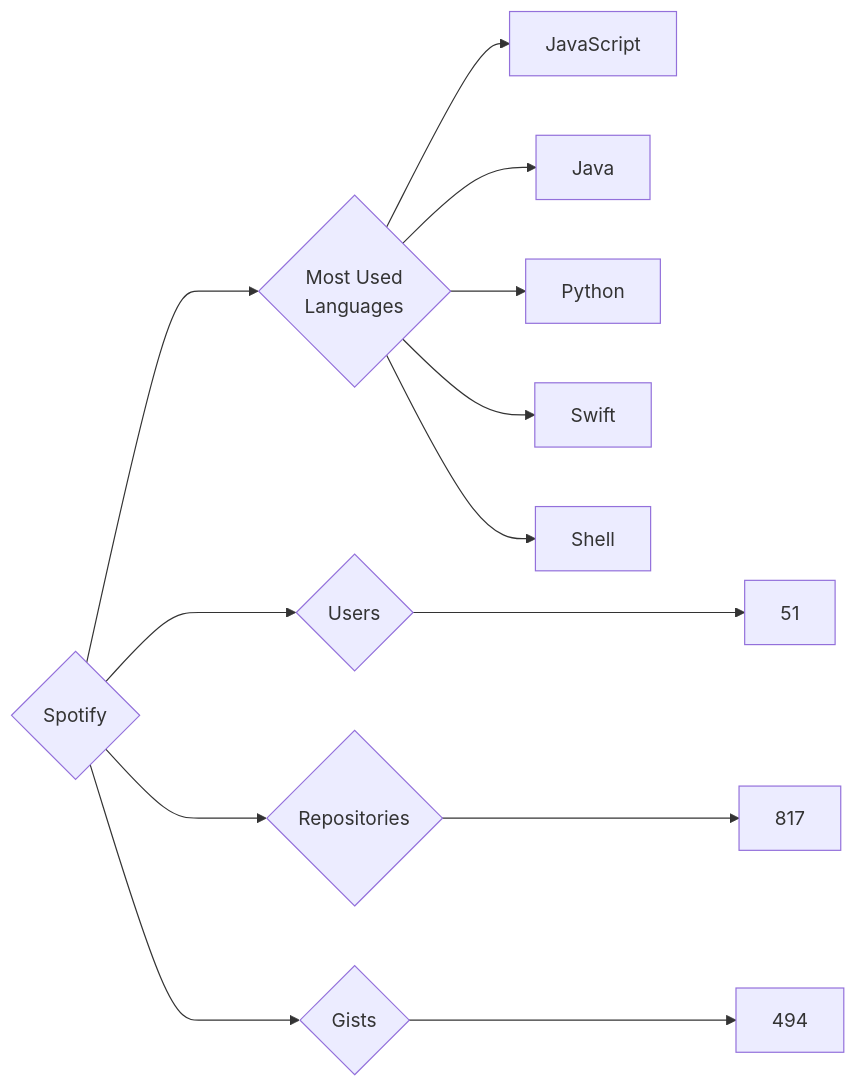
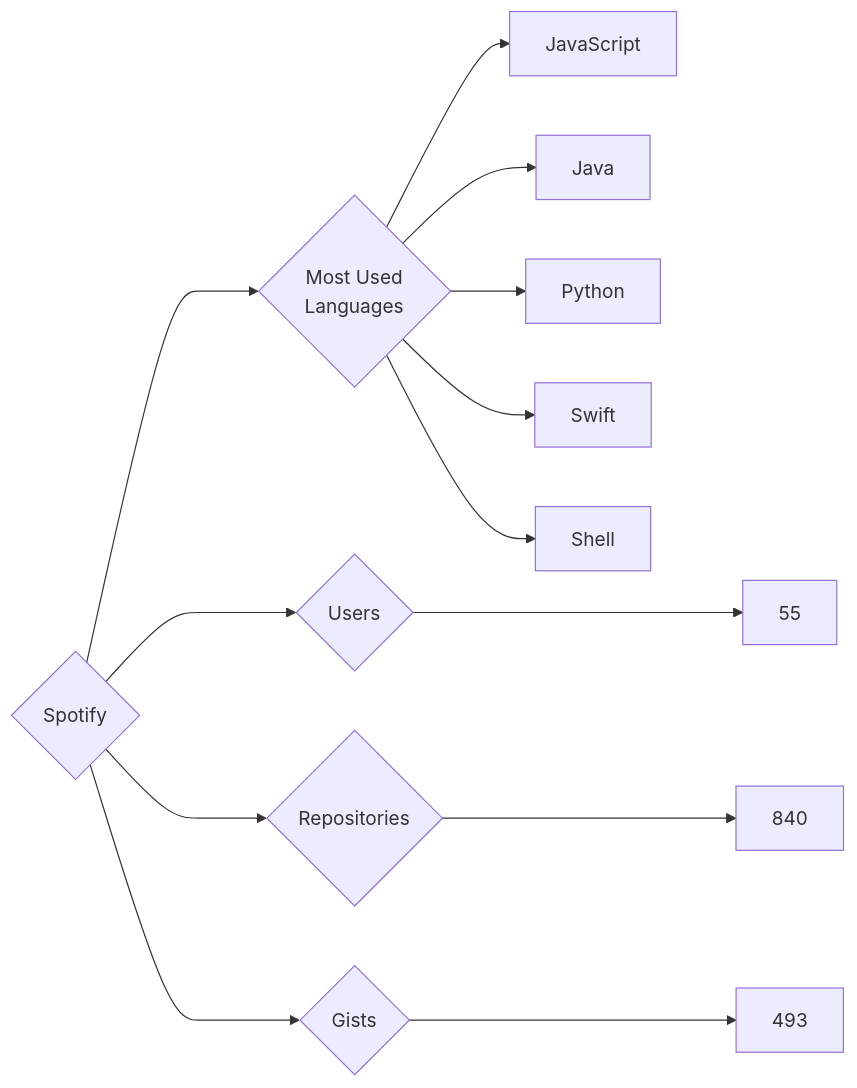
The diagram in targets/Spotify/README.md (trickest/insiders), drawn with Mermaid before and after one commit. The commit also changed 1484 other files, not shown here.

````diff
--- a/targets/Spotify/README.md
+++ b/targets/Spotify/README.md
@@ -3,13 +3,13 @@
 ```mermaid
 graph LR
 COMPANY_NAME{Spotify}
-COMPANY_NAME ---> U{Users} ---> UN[51]
-COMPANY_NAME ---> R{Repositories} ---> RN[817]
-COMPANY_NAME ---> G{Gists} ---> GN[494]
+COMPANY_NAME ---> U{Users} ---> UN[55]
+COMPANY_NAME ---> R{Repositories} ---> RN[840]
+COMPANY_NAME ---> G{Gists} ---> GN[493]
 COMPANY_NAME ---> ML{Most Used<br>Languages}
 ML --> JavaScript[JavaScript]
 ML --> Java[Java]
 ML --> Python[Python]
 ML --> Swift[Swift]
 ML --> Shell[Shell]
 ```
````
